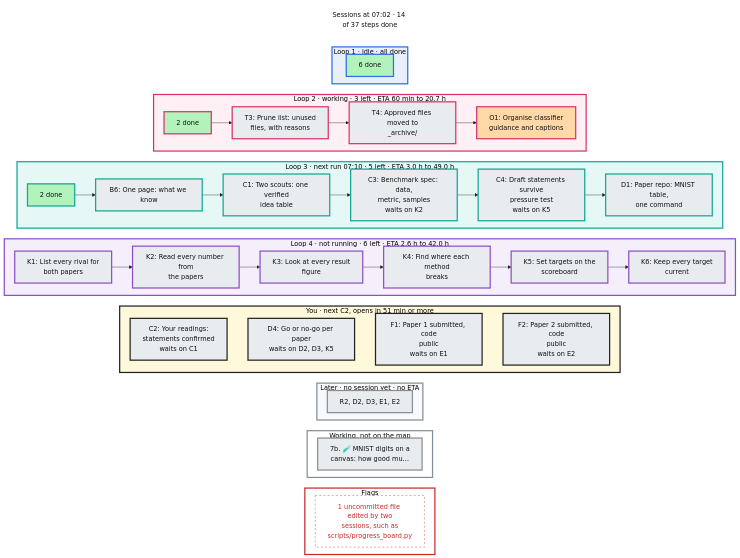
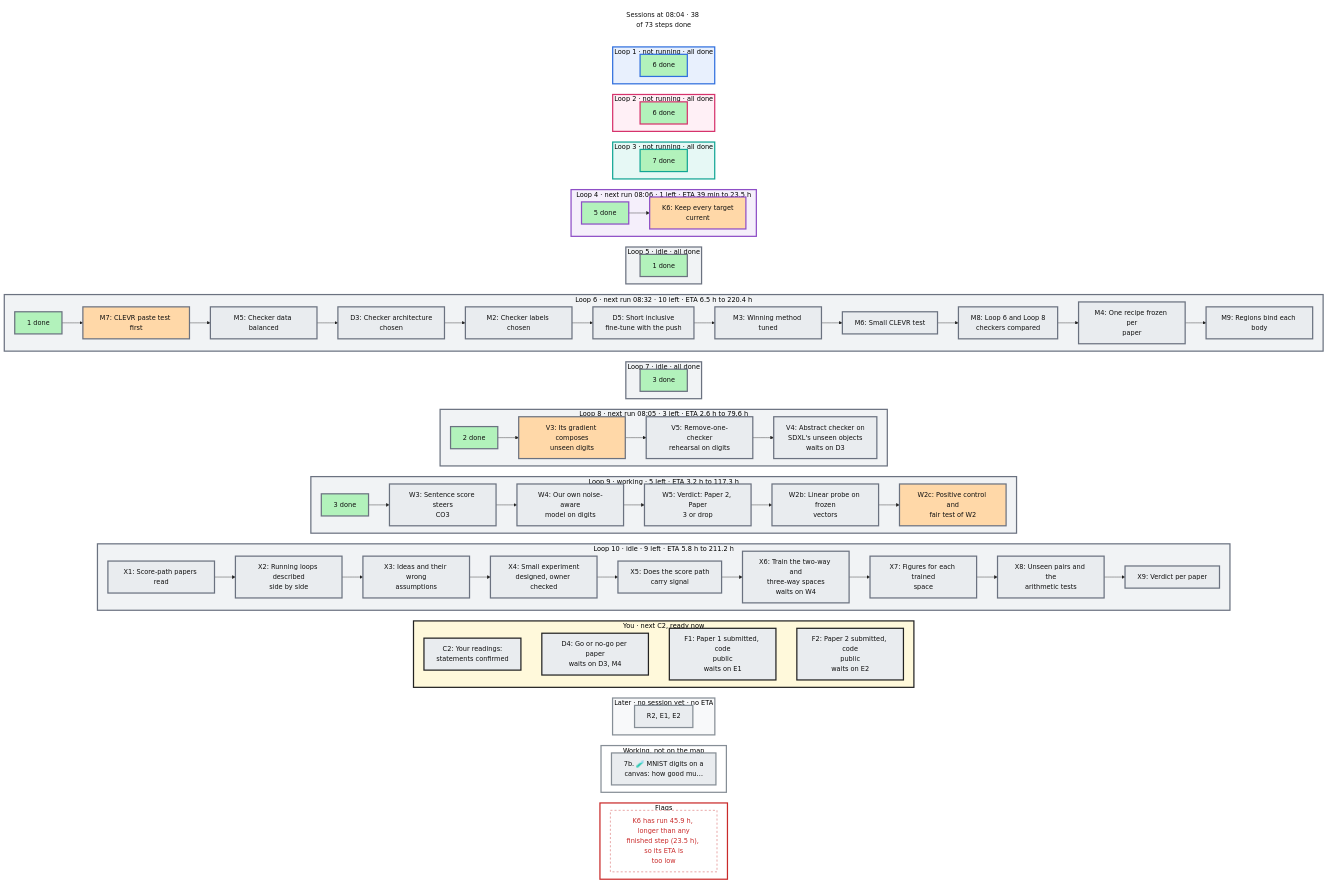
One commit to mo-rsa24/concept-composition changed the diagram in artifacts/notes/progress/sessions.mmd. Above: the diagram before and after it, drawn with Mermaid. The commit also changed 6 other files, not shown here.

Commit message:
Design: the readout checker chooses CO3's beta at each corrected step, against a random choice and one choice per picture

```diff
--- a/artifacts/notes/progress/sessions.mmd
+++ b/artifacts/notes/progress/sessions.mmd
@@ -1,72 +1,122 @@
 %%{init: {'theme': 'base', 'themeVariables': {'fontFamily': 'monospace', 'primaryColor': '#ffffff', 'primaryBorderColor': '#222222', 'primaryTextColor': '#111111', 'lineColor': '#222222'}, 'flowchart': {'nodeSpacing': 16, 'rankSpacing': 26}}}%%
 flowchart TB
   classDef done fill:#b2f2bb,color:#111111
   classDef doing fill:#ffd8a8,color:#111111
   classDef todo fill:#e9ecef,color:#111111
   classDef note fill:#ffffff,stroke:#c92a2a,stroke-dasharray:5 5,color:#c92a2a
-  now["Sessions at 07:02 · 14 of 37 steps done"]
+  now["Sessions at 08:04 · 38 of 73 steps done"]
   style now fill:#ffffff,stroke:#ffffff,color:#111111
-  subgraph L0["Loop 1 · idle · all done"]
+  subgraph L0["Loop 1 · not running · all done"]
     direction LR
     d0["6 done"]:::done
   end
-  subgraph L1["Loop 2 · working · 3 left · ETA 60 min to 20.7 h"]
+  subgraph L1["Loop 2 · not running · all done"]
     direction LR
-    d1["2 done"]:::done --> n_T3["T3: Prune list: unused<br/>files, with reasons"]:::todo --> n_T4["T4: Approved files moved to<br/>_archive/"]:::todo --> n_O1["O1: Organise classifier<br/>guidance and captions"]:::doing
+    d1["6 done"]:::done
   end
-  subgraph L2["Loop 3 · next run 07:10 · 5 left · ETA 3.0 h to 49.0 h"]
+  subgraph L2["Loop 3 · not running · all done"]
     direction LR
-    d2["2 done"]:::done --> n_B6["B6: One page: what we know"]:::todo --> n_C1["C1: Two scouts: one verified<br/>idea table"]:::todo --> n_C3["C3: Benchmark spec: data,<br/>metric, samples<br/>waits on K2"]:::todo --> n_C4["C4: Draft statements survive<br/>pressure test<br/>waits on K5"]:::todo --> n_D1["D1: Paper repo: MNIST table,<br/>one command"]:::todo
+    d2["7 done"]:::done
   end
-  subgraph L3["Loop 4 · not running · 6 left · ETA 2.6 h to 42.0 h"]
+  subgraph L3["Loop 4 · next run 08:06 · 1 left · ETA 39 min to 23.5 h"]
     direction LR
-    n_K1["K1: List every rival for<br/>both papers"]:::todo --> n_K2["K2: Read every number from<br/>the papers"]:::todo --> n_K3["K3: Look at every result<br/>figure"]:::todo --> n_K4["K4: Find where each method<br/>breaks"]:::todo --> n_K5["K5: Set targets on the<br/>scoreboard"]:::todo --> n_K6["K6: Keep every target<br/>current"]:::todo
+    d3["5 done"]:::done --> n_K6["K6: Keep every target<br/>current"]:::doing
   end
-  subgraph L4["You · next C2, opens in 51 min or more"]
+  subgraph L4["Loop 5 · idle · all done"]
     direction LR
-    n_C2["C2: Your readings:<br/>statements confirmed<br/>waits on C1"]:::todo ~~~ n_D4["D4: Go or no-go per paper<br/>waits on D2, D3, K5"]:::todo ~~~ n_F1["F1: Paper 1 submitted, code<br/>public<br/>waits on E1"]:::todo ~~~ n_F2["F2: Paper 2 submitted, code<br/>public<br/>waits on E2"]:::todo
+    d4["1 done"]:::done
   end
-  subgraph L5["Later · no session yet · no ETA"]
+  subgraph L5["Loop 6 · next run 08:32 · 10 left · ETA 6.5 h to 220.4 h"]
     direction LR
-    later["R2, D2, D3, E1, E2"]:::todo
+    d5["1 done"]:::done --> n_M7["M7: CLEVR paste test first"]:::doing --> n_M5["M5: Checker data balanced"]:::todo --> n_D3["D3: Checker architecture<br/>chosen"]:::todo --> n_M2["M2: Checker labels chosen"]:::todo --> n_D5["D5: Short inclusive<br/>fine-tune with the push"]:::todo --> n_M3["M3: Winning method tuned"]:::todo --> n_M6["M6: Small CLEVR test"]:::todo --> n_M8["M8: Loop 6 and Loop 8<br/>checkers compared"]:::todo --> n_M4["M4: One recipe frozen per<br/>paper"]:::todo --> n_M9["M9: Regions bind each body"]:::todo
   end
-  subgraph L6["Working, not on the map"]
+  subgraph L6["Loop 7 · idle · all done"]
+    direction LR
+    d6["3 done"]:::done
+  end
+  subgraph L7["Loop 8 · next run 08:05 · 3 left · ETA 2.6 h to 79.6 h"]
+    direction LR
+    d7["2 done"]:::done --> n_V3["V3: Its gradient composes<br/>unseen digits"]:::doing --> n_V5["V5: Remove-one-checker<br/>rehearsal on digits"]:::todo --> n_V4["V4: Abstract checker on<br/>SDXL's unseen objects<br/>waits on D3"]:::todo
+  end
+  subgraph L8["Loop 9 · working · 5 left · ETA 3.2 h to 117.3 h"]
+    direction LR
+    d8["3 done"]:::done --> n_W3["W3: Sentence score steers<br/>CO3"]:::todo --> n_W4["W4: Our own noise-aware<br/>model on digits"]:::todo --> n_W5["W5: Verdict: Paper 2, Paper<br/>3 or drop"]:::todo --> n_W2b["W2b: Linear probe on frozen<br/>vectors"]:::todo --> n_W2c["W2c: Positive control and<br/>fair test of W2"]:::doing
+  end
+  subgraph L9["Loop 10 · idle · 9 left · ETA 5.8 h to 211.2 h"]
+    direction LR
+    n_X1["X1: Score-path papers read"]:::todo --> n_X2["X2: Running loops described<br/>side by side"]:::todo --> n_X3["X3: Ideas and their wrong<br/>assumptions"]:::todo --> n_X4["X4: Small experiment<br/>designed, owner checked"]:::todo --> n_X5["X5: Does the score path<br/>carry signal"]:::todo --> n_X6["X6: Train the two-way and<br/>three-way spaces<br/>waits on W4"]:::todo --> n_X7["X7: Figures for each trained<br/>space"]:::todo --> n_X8["X8: Unseen pairs and the<br/>arithmetic tests"]:::todo --> n_X9["X9: Verdict per paper"]:::todo
+  end
+  subgraph L10["You · next C2, ready now"]
+    direction LR
+    n_C2["C2: Your readings:<br/>statements confirmed"]:::todo ~~~ n_D4["D4: Go or no-go per paper<br/>waits on D3, M4"]:::todo ~~~ n_F1["F1: Paper 1 submitted, code<br/>public<br/>waits on E1"]:::todo ~~~ n_F2["F2: Paper 2 submitted, code<br/>public<br/>waits on E2"]:::todo
+  end
+  subgraph L11["Later · no session yet · no ETA"]
+    direction LR
+    later["R2, E1, E2"]:::todo
+  end
+  subgraph L12["Working, not on the map"]
     direction LR
     off0["7b. 🧪 MNIST digits on a<br/>canvas: how good mu…"]:::todo
   end
-  subgraph L7["Flags"]
+  subgraph L13["Flags"]
     direction LR
-    flag0["1 uncommitted file edited by two<br/>sessions, such as<br/>scripts/progress_board.py"]:::note
+    flag0["K6 has run 45.9 h, longer than any<br/>finished step (23.5 h), so its ETA is<br/>too low"]:::note
   end
-  now ~~~ L0 ~~~ L1 ~~~ L2 ~~~ L3 ~~~ L4 ~~~ L5 ~~~ L6 ~~~ L7
+  now ~~~ L0 ~~~ L1 ~~~ L2 ~~~ L3 ~~~ L4 ~~~ L5 ~~~ L6 ~~~ L7 ~~~ L8 ~~~ L9 ~~~ L10 ~~~ L11 ~~~ L12 ~~~ L13
   style L0 fill:#e8f0fd,stroke:#2f6fde,stroke-width:3px
   style d0 stroke:#2f6fde,stroke-width:3px
   style L1 fill:#fff0f6,stroke:#d6336c,stroke-width:3px
   style d1 stroke:#d6336c,stroke-width:3px
-  style n_T3 stroke:#d6336c,stroke-width:3px
-  style n_T4 stroke:#d6336c,stroke-width:3px
-  style n_O1 stroke:#d6336c,stroke-width:3px
   style L2 fill:#e6f8f5,stroke:#12a594,stroke-width:3px
   style d2 stroke:#12a594,stroke-width:3px
-  style n_B6 stroke:#12a594,stroke-width:3px
-  style n_C1 stroke:#12a594,stroke-width:3px
-  style n_C3 stroke:#12a594,stroke-width:3px
-  style n_C4 stroke:#12a594,stroke-width:3px
-  style n_D1 stroke:#12a594,stroke-width:3px
   style L3 fill:#f5effb,stroke:#8e4ec6,stroke-width:3px
-  style n_K1 stroke:#8e4ec6,stroke-width:3px
-  style n_K2 stroke:#8e4ec6,stroke-width:3px
-  style n_K3 stroke:#8e4ec6,stroke-width:3px
-  style n_K4 stroke:#8e4ec6,stroke-width:3px
-  style n_K5 stroke:#8e4ec6,stroke-width:3px
+  style d3 stroke:#8e4ec6,stroke-width:3px
   style n_K6 stroke:#8e4ec6,stroke-width:3px
-  style L4 fill:#fff9db,stroke:#222222,stroke-width:3px
+  style L4 fill:#f1f3f5,stroke:#6b7280,stroke-width:3px
+  style d4 stroke:#6b7280,stroke-width:3px
+  style L5 fill:#f1f3f5,stroke:#6b7280,stroke-width:3px
+  style d5 stroke:#6b7280,stroke-width:3px
+  style n_M7 stroke:#6b7280,stroke-width:3px
+  style n_M5 stroke:#6b7280,stroke-width:3px
+  style n_D3 stroke:#6b7280,stroke-width:3px
+  style n_M2 stroke:#6b7280,stroke-width:3px
+  style n_D5 stroke:#6b7280,stroke-width:3px
+  style n_M3 stroke:#6b7280,stroke-width:3px
+  style n_M6 stroke:#6b7280,stroke-width:3px
+  style n_M8 stroke:#6b7280,stroke-width:3px
+  style n_M4 stroke:#6b7280,stroke-width:3px
+  style n_M9 stroke:#6b7280,stroke-width:3px
+  style L6 fill:#f1f3f5,stroke:#6b7280,stroke-width:3px
+  style d6 stroke:#6b7280,stroke-width:3px
+  style L7 fill:#f1f3f5,stroke:#6b7280,stroke-width:3px
+  style d7 stroke:#6b7280,stroke-width:3px
+  style n_V3 stroke:#6b7280,stroke-width:3px
+  style n_V5 stroke:#6b7280,stroke-width:3px
+  style n_V4 stroke:#6b7280,stroke-width:3px
+  style L8 fill:#f1f3f5,stroke:#6b7280,stroke-width:3px
+  style d8 stroke:#6b7280,stroke-width:3px
+  style n_W3 stroke:#6b7280,stroke-width:3px
+  style n_W4 stroke:#6b7280,stroke-width:3px
+  style n_W5 stroke:#6b7280,stroke-width:3px
+  style n_W2b stroke:#6b7280,stroke-width:3px
+  style n_W2c stroke:#6b7280,stroke-width:3px
+  style L9 fill:#f1f3f5,stroke:#6b7280,stroke-width:3px
+  style n_X1 stroke:#6b7280,stroke-width:3px
+  style n_X2 stroke:#6b7280,stroke-width:3px
+  style n_X3 stroke:#6b7280,stroke-width:3px
+  style n_X4 stroke:#6b7280,stroke-width:3px
+  style n_X5 stroke:#6b7280,stroke-width:3px
+  style n_X6 stroke:#6b7280,stroke-width:3px
+  style n_X7 stroke:#6b7280,stroke-width:3px
+  style n_X8 stroke:#6b7280,stroke-width:3px
+  style n_X9 stroke:#6b7280,stroke-width:3px
+  style L10 fill:#fff9db,stroke:#222222,stroke-width:3px
   style n_C2 stroke:#222222,stroke-width:3px
   style n_D4 stroke:#222222,stroke-width:3px
   style n_F1 stroke:#222222,stroke-width:3px
   style n_F2 stroke:#222222,stroke-width:3px
-  style L5 fill:#f8f9fa,stroke:#868e96,stroke-width:3px
+  style L11 fill:#f8f9fa,stroke:#868e96,stroke-width:3px
   style later stroke:#868e96,stroke-width:3px
-  style L6 fill:#ffffff,stroke:#868e96,stroke-width:3px
+  style L12 fill:#ffffff,stroke:#868e96,stroke-width:3px
   style off0 stroke:#868e96,stroke-width:3px
-  style L7 fill:#ffffff,stroke:#c92a2a,stroke-width:3px
+  style L13 fill:#ffffff,stroke:#c92a2a,stroke-width:3px
```
